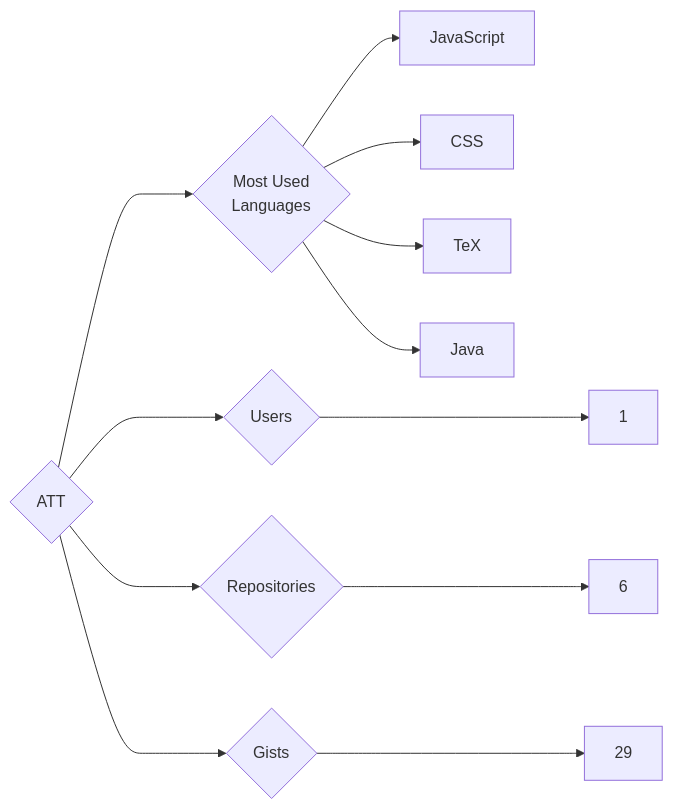
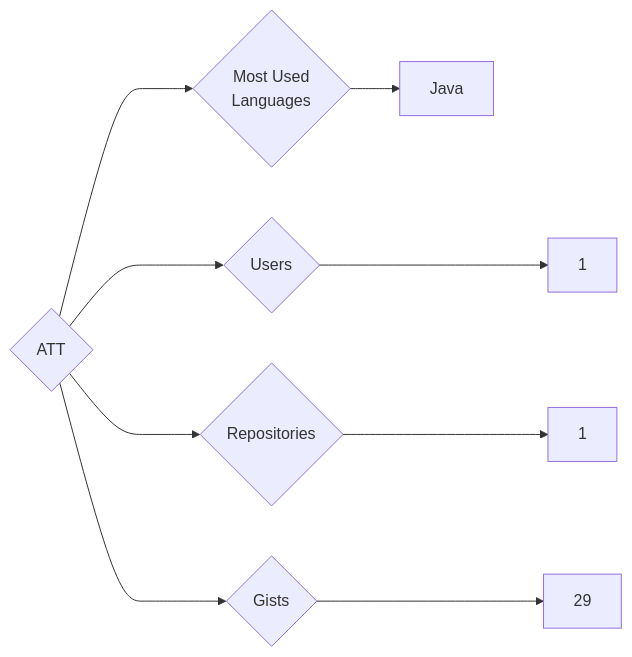
One commit to trickest/insiders changed the diagram in targets/ATT/README.md. Above: the diagram before and after it, drawn with Mermaid. The commit also changed 993 other files, not shown here.

````diff
--- a/targets/ATT/README.md
+++ b/targets/ATT/README.md
@@ -3,12 +3,9 @@
 ```mermaid
 graph LR
 COMPANY_NAME{ATT}
 COMPANY_NAME ---> U{Users} ---> UN[1]
-COMPANY_NAME ---> R{Repositories} ---> RN[6]
+COMPANY_NAME ---> R{Repositories} ---> RN[1]
 COMPANY_NAME ---> G{Gists} ---> GN[29]
 COMPANY_NAME ---> ML{Most Used<br>Languages}
-ML --> JavaScript[JavaScript]
-ML --> CSS[CSS]
-ML --> TeX[TeX]
 ML --> Java[Java]
 ```
````
